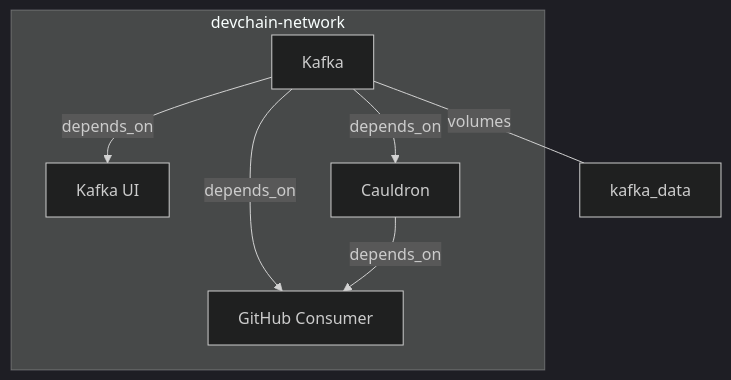
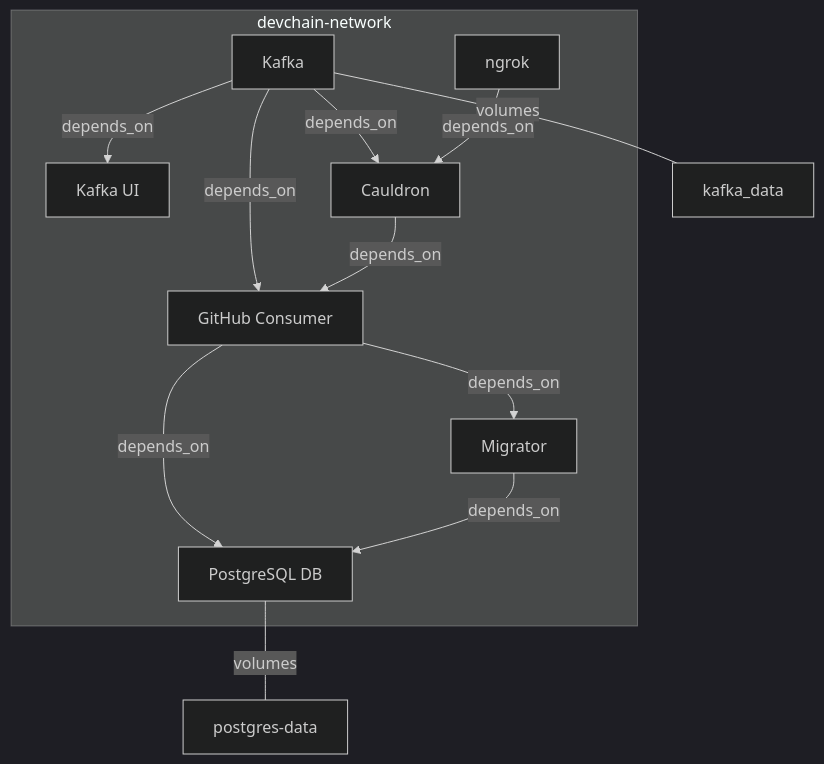
The diagram in DEVELOPMENT.md (devchain-network/cauldron), drawn with Mermaid (dark theme) before and after one commit. The commit also changed other lines of this file and 6 other files, not shown here.

````diff
--- a/DEVELOPMENT.md
+++ b/DEVELOPMENT.md
@@ -168,16 +259,24 @@
 ```mermaid
 graph TD
   subgraph devchain-network
     kafka["Kafka"]
     kafka-ui["Kafka UI"]
     cauldron["Cauldron"]
     github-consumer["GitHub Consumer"]
+    postgresql_db["PostgreSQL DB"]
+    migrator["Migrator"]
+    ngrok["ngrok"]
   end
-  
+
   kafka -->|depends_on| kafka-ui
   kafka -->|depends_on| cauldron
   kafka -->|depends_on| github-consumer
   cauldron -->|depends_on| github-consumer
+  github-consumer -->|depends_on| postgresql_db
+  github-consumer -->|depends_on| migrator
+  migrator -->|depends_on| postgresql_db
+  ngrok -->|depends_on| cauldron
 
   kafka ---|volumes| kafka_data
+  postgresql_db ---|volumes| postgres-data
 ```
````
